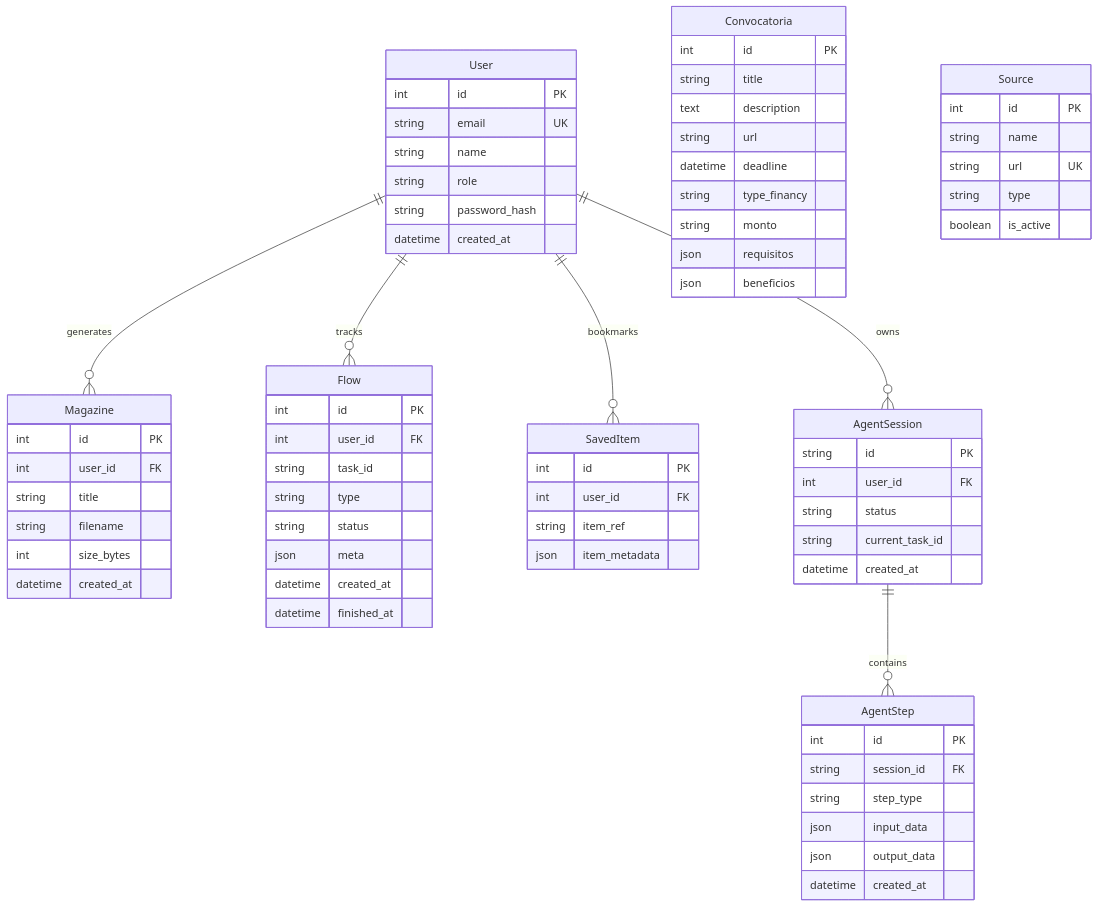
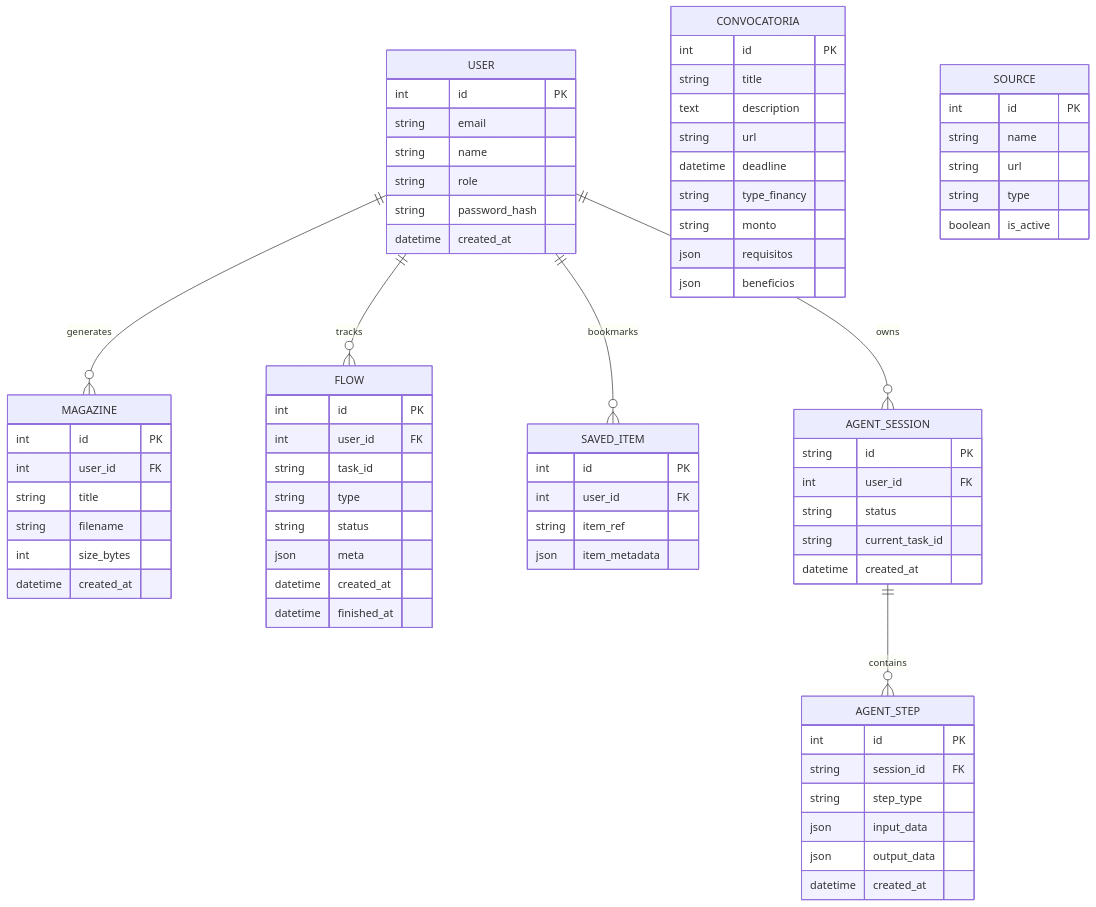
Before and after one commit to carlosDAC2020/Full_Agent_CTM: the second of 2 diagrams in README.md, drawn with Mermaid. The commit also changed other lines of this file, not shown here.

Commit message:
dearrollo de documentacion correccion de diagramas

````diff
--- a/README.md
+++ b/README.md
@@ -231,82 +230,82 @@
 ```mermaid
 erDiagram
-    User ||--o{ Magazine : generates
-    User ||--o{ Flow : tracks
-    User ||--o{ SavedItem : bookmarks
-    User ||--o{ AgentSession : owns
+    USER ||--o{ MAGAZINE : generates
+    USER ||--o{ FLOW : tracks
+    USER ||--o{ SAVED_ITEM : bookmarks
+    USER ||--o{ AGENT_SESSION : owns
     
-    AgentSession ||--o{ AgentStep : contains
+    AGENT_SESSION ||--o{ AGENT_STEP : contains
     
-    User {
+    USER {
         int id PK
-        string email UK
+        string email
         string name
         string role
         string password_hash
         datetime created_at
     }
     
-    AgentSession {
+    AGENT_SESSION {
         string id PK
         int user_id FK
         string status
         string current_task_id
         datetime created_at
     }
     
-    AgentStep {
+    AGENT_STEP {
         int id PK
         string session_id FK
         string step_type
         json input_data
         json output_data
         datetime created_at
     }
     
-    Magazine {
+    MAGAZINE {
         int id PK
         int user_id FK
         string title
         string filename
         int size_bytes
         datetime created_at
     }
     
-    Flow {
+    FLOW {
         int id PK
         int user_id FK
         string task_id
         string type
         string status
         json meta
         datetime created_at
         datetime finished_at
     }
     
-    Convocatoria {
+    CONVOCATORIA {
         int id PK
         string title
         text description
         string url
         datetime deadline
         string type_financy
         string monto
         json requisitos
         json beneficios
     }
     
-    SavedItem {
+    SAVED_ITEM {
         int id PK
         int user_id FK
         string item_ref
         json item_metadata
     }
 
-    Source {
+    SOURCE {
         int id PK
         string name
-        string url UK
+        string url
         string type
         boolean is_active
     }
 ```
````
